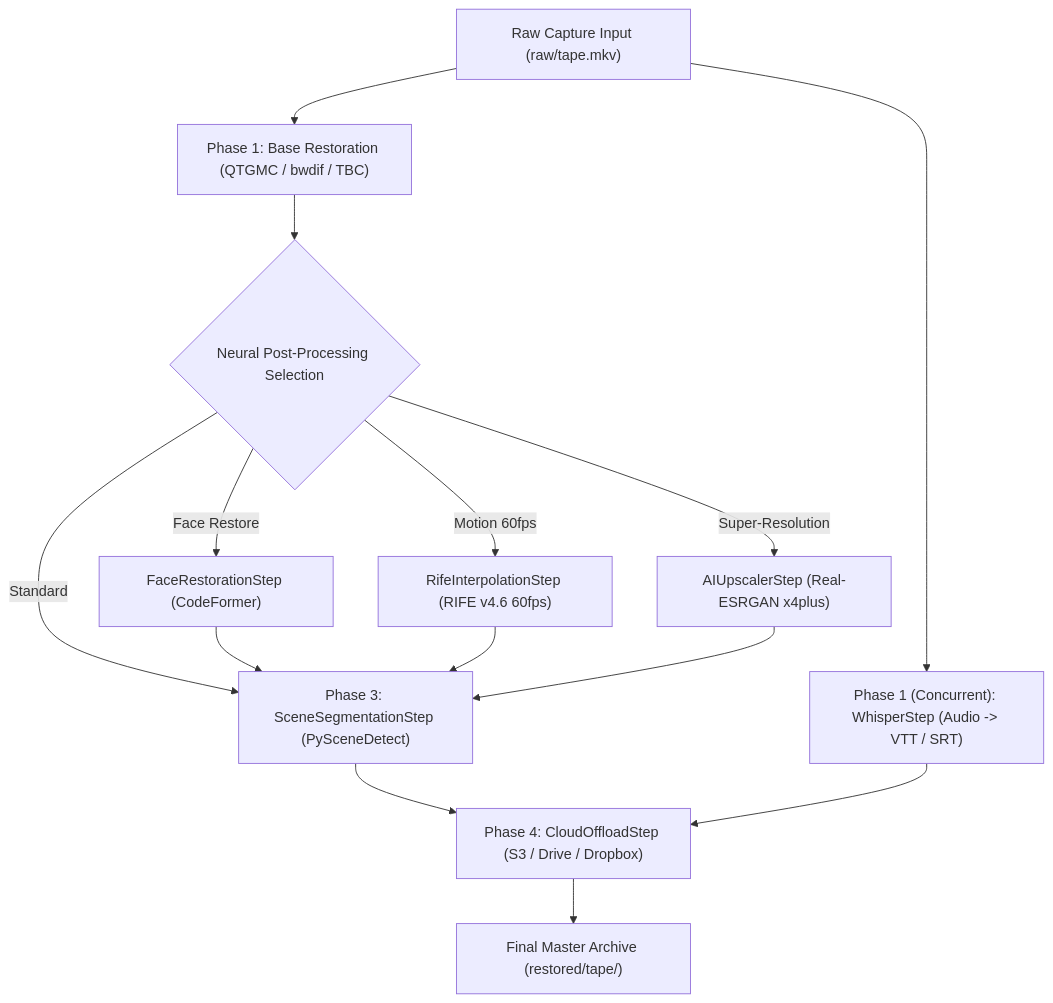
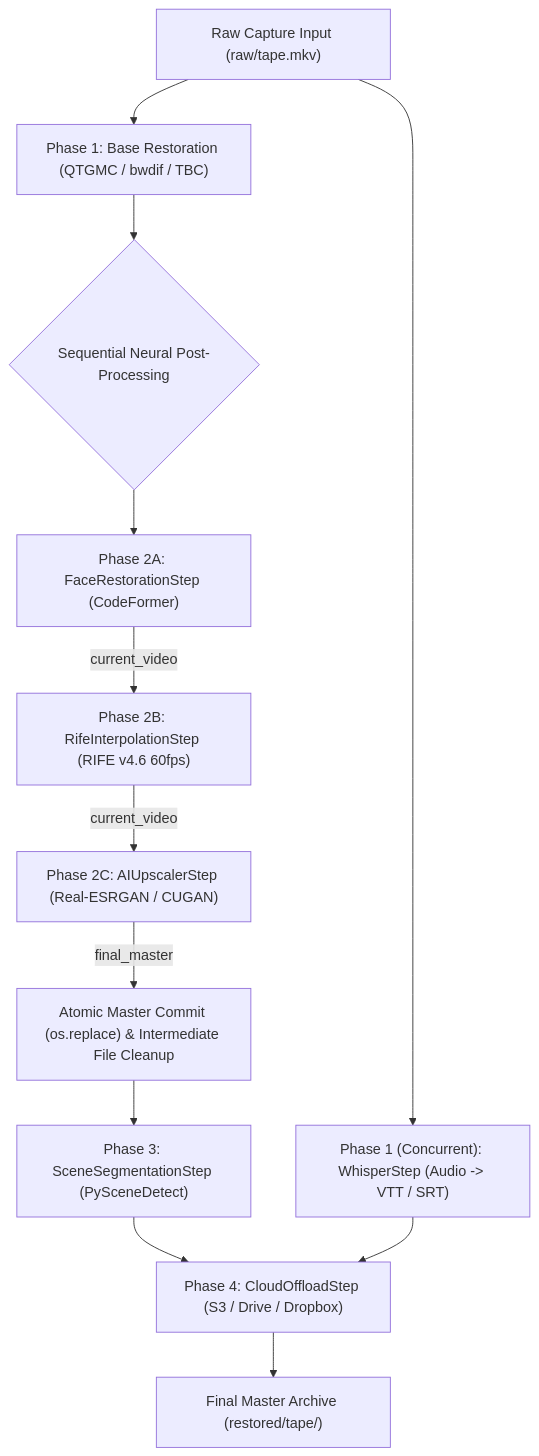
The second of 2 diagrams in docs/ARCHITECTURE.md (orgchrono/vhs-capture-scripts), drawn with Mermaid before and after one commit. The commit also changed other lines of this file and 15 other files, not shown here.

````diff
--- a/docs/ARCHITECTURE.md
+++ b/docs/ARCHITECTURE.md
@@ -82,20 +82,18 @@
 ```mermaid
 flowchart TD
     RawInput["Raw Capture Input (raw/tape.mkv)"] --> BaseRestore["Phase 1: Base Restoration (QTGMC / bwdif / TBC)"]
     RawInput --> WhisperTask["Phase 1 (Concurrent): WhisperStep (Audio -> VTT / SRT)"]
     
-    BaseRestore --> PostCheck{"Neural Post-Processing Selection"}
+    BaseRestore --> PostCheck{"Sequential Neural Post-Processing"}
     
-    PostCheck -->|"Face Restore"| FaceRestore["FaceRestorationStep (CodeFormer)"]
-    PostCheck -->|"Motion 60fps"| RifeTask["RifeInterpolationStep (RIFE v4.6 60fps)"]
-    PostCheck -->|"Super-Resolution"| UpscaleTask["AIUpscalerStep (Real-ESRGAN x4plus)"]
-    PostCheck -->|"Standard"| SceneSplit["Phase 3: SceneSegmentationStep (PySceneDetect)"]
+    PostCheck --> FaceRestore["Phase 2A: FaceRestorationStep (CodeFormer)"]
+    FaceRestore -->|"current_video"| RifeTask["Phase 2B: RifeInterpolationStep (RIFE v4.6 60fps)"]
+    RifeTask -->|"current_video"| UpscaleTask["Phase 2C: AIUpscalerStep (Real-ESRGAN / CUGAN)"]
     
-    FaceRestore --> SceneSplit
-    RifeTask --> SceneSplit
-    UpscaleTask --> SceneSplit
+    UpscaleTask -->|"final_master"| CommitMaster["Atomic Master Commit (os.replace) & Intermediate File Cleanup"]
     
+    CommitMaster --> SceneSplit["Phase 3: SceneSegmentationStep (PySceneDetect)"]
     SceneSplit --> CloudSync["Phase 4: CloudOffloadStep (S3 / Drive / Dropbox)"]
     WhisperTask --> CloudSync
     CloudSync --> FinalOutput["Final Master Archive (restored/tape/)"]
 ```
````
